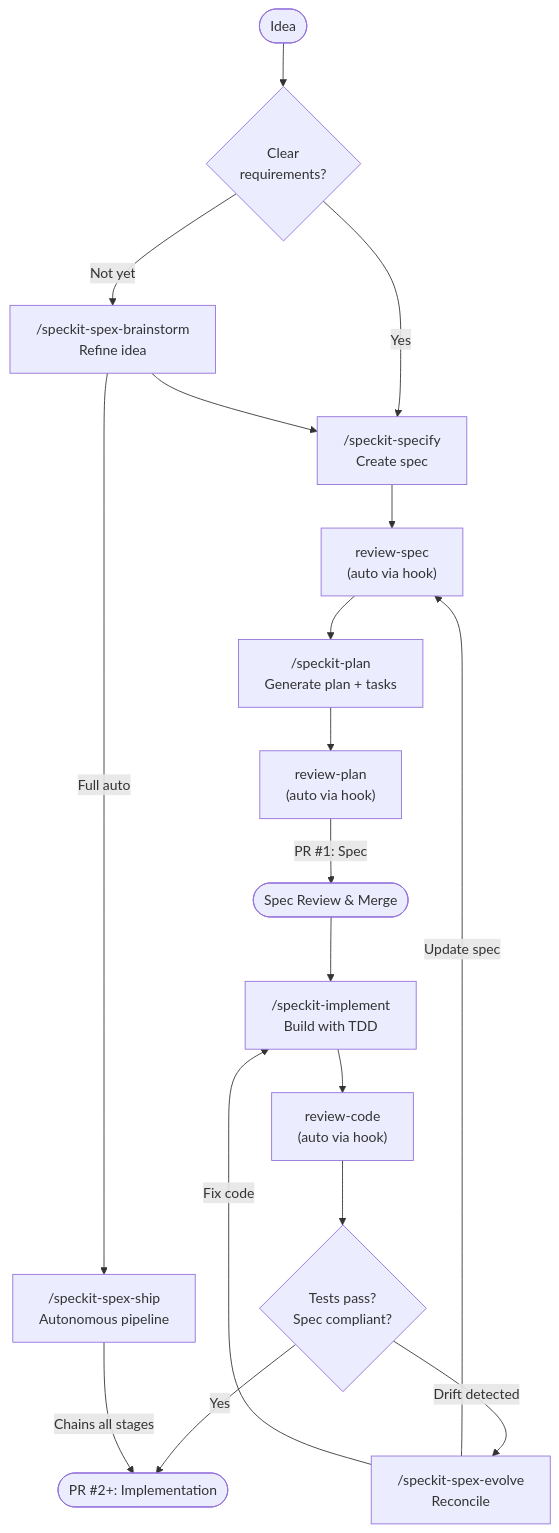
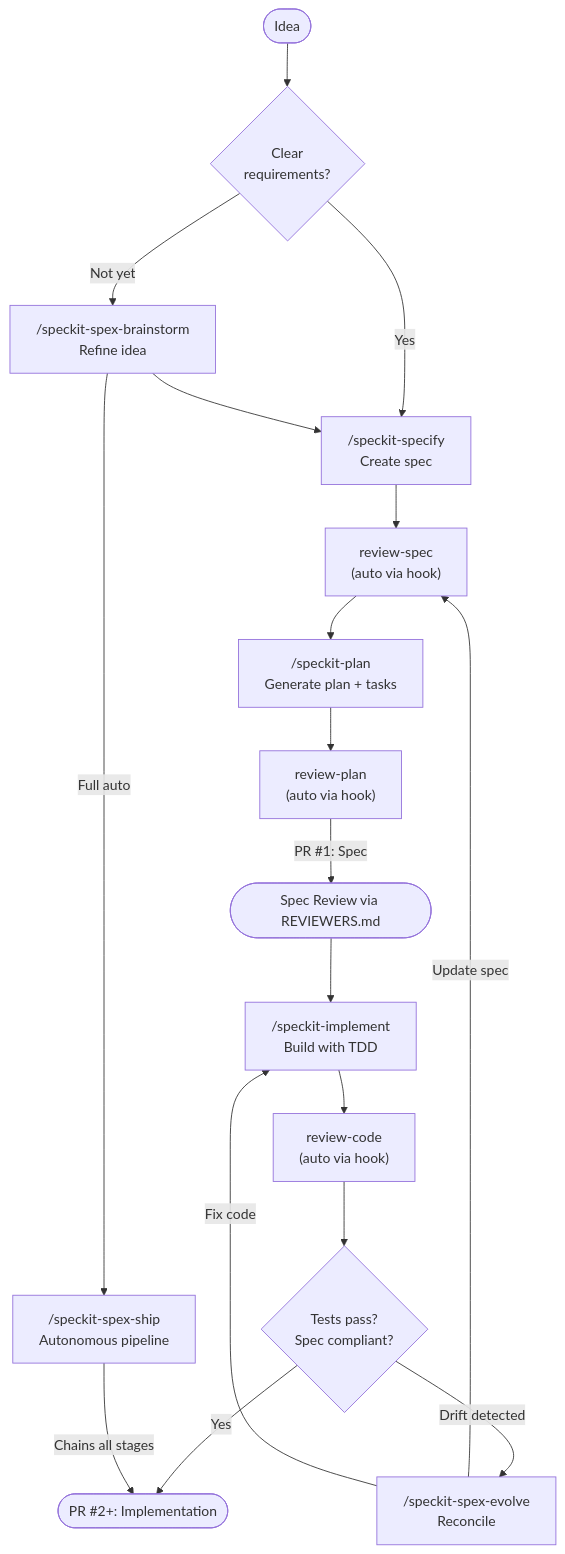
One commit to rhuss/cc-sdd changed the diagram in README.md. Above: the diagram before and after it, drawn with Mermaid. The commit also changed other lines of this file, not shown here.

First line of the commit message:
docs: Rework Workflow section for collaborative SDD with REVIEWERS.md

````diff
--- a/README.md
+++ b/README.md
@@ -65,30 +75,30 @@
 ```mermaid
 flowchart TD
     Start([Idea]) --> HasClarity{Clear<br>requirements?}
 
     HasClarity -->|Not yet| Brainstorm["/speckit-spex-brainstorm<br>Refine idea"]
     HasClarity -->|Yes| Specify["/speckit-specify<br>Create spec"]
 
     Brainstorm --> Specify
     Brainstorm -->|Full auto| Ship["/speckit-spex-ship<br>Autonomous pipeline"]
 
     Specify --> ReviewSpec["review-spec<br>(auto via hook)"]
     ReviewSpec --> Plan["/speckit-plan<br>Generate plan + tasks"]
     Plan --> ReviewPlan["review-plan<br>(auto via hook)"]
 
-    ReviewPlan -->|PR #1: Spec| SpecPR([Spec Review & Merge])
+    ReviewPlan -->|PR #1: Spec| SpecPR([Spec Review via REVIEWERS.md])
 
     SpecPR --> Implement["/speckit-implement<br>Build with TDD"]
     Implement --> ReviewCode["review-code<br>(auto via hook)"]
 
     ReviewCode --> Verify{Tests pass?<br>Spec compliant?}
 
     Verify -->|Yes| ImplPR([PR #2+: Implementation])
     Verify -->|Drift detected| Evolve["/speckit-spex-evolve<br>Reconcile"]
 
     Evolve -->|"Update spec"| ReviewSpec
     Evolve -->|"Fix code"| Implement
 
     Ship -->|Chains all stages| ImplPR
 
 ```
````
